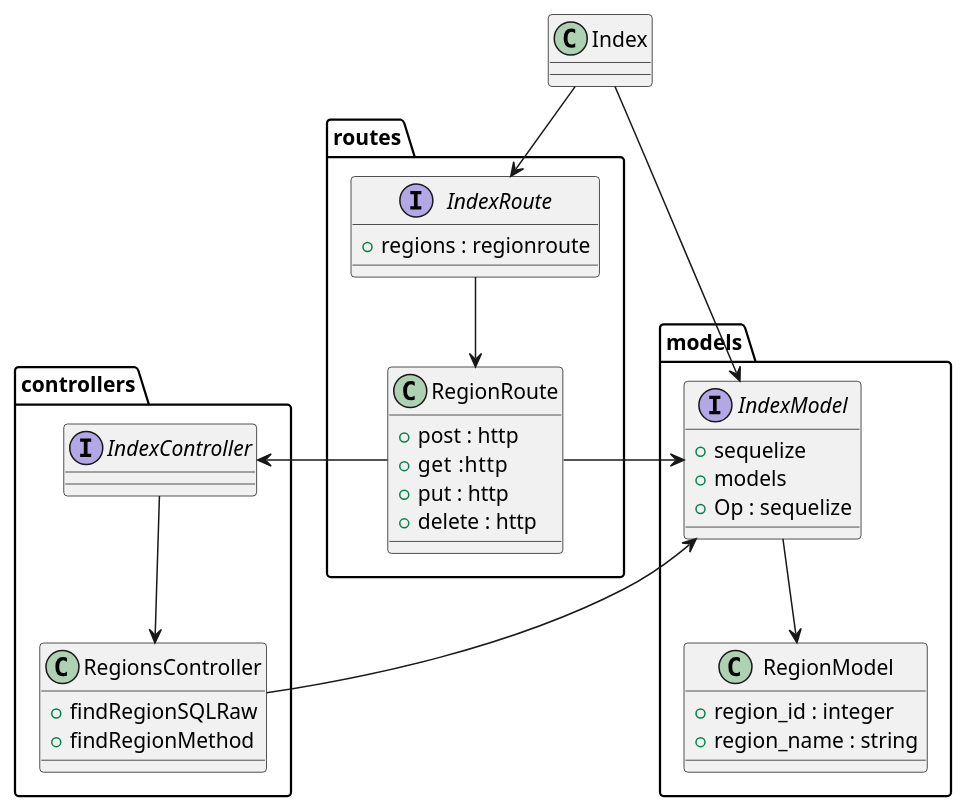
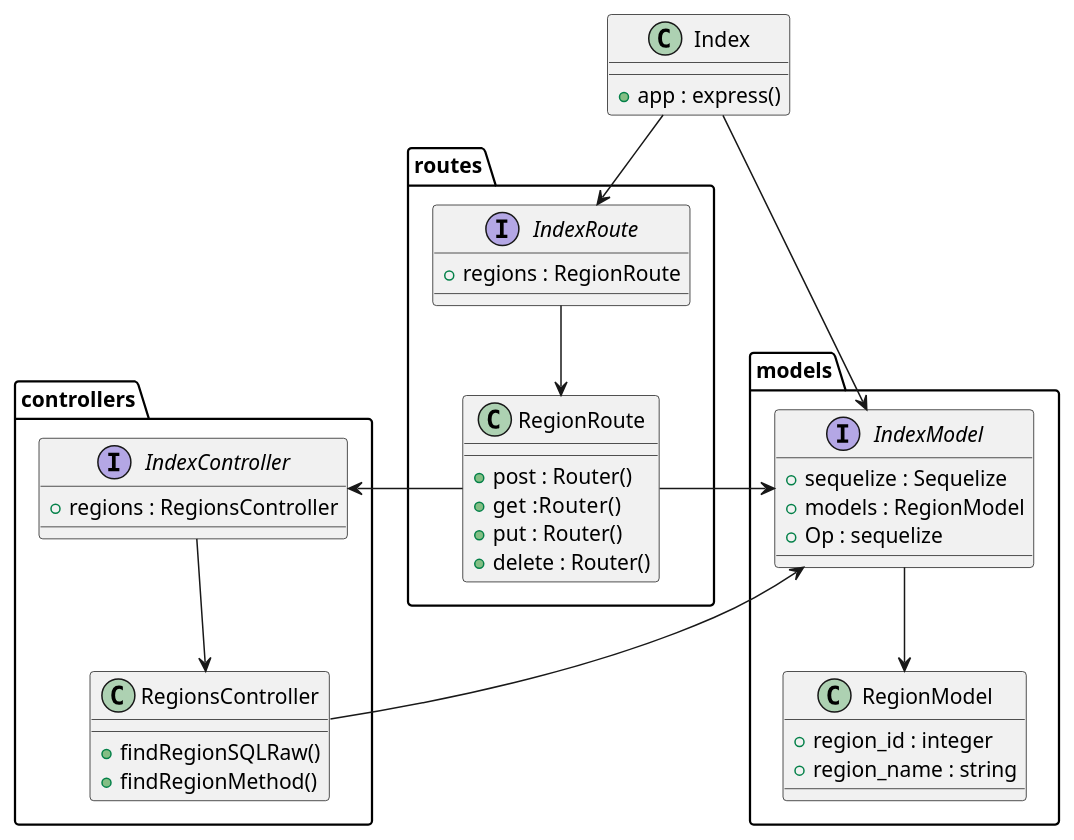
The diagram in 99-uml-design/01-class-regions.puml (daffadrm/codeid-nodejs-week2), drawn with PlantUML before and after one commit. The commit also changed 12 other files, not shown here.

```diff
--- a/99-uml-design/01-class-regions.puml
+++ b/99-uml-design/01-class-regions.puml
@@ -1,53 +1,53 @@
 @startuml class regions
 
   interface models.IndexModel {
-      +sequelize
-      +models
+      +sequelize : Sequelize
+      +models : RegionModel
       +Op : sequelize
   }
 
   class models.RegionModel{
      +region_id : integer
      +region_name : string
   }
 
   models.IndexModel --> models.RegionModel
 
   interface routes.IndexRoute{
-    +regions : regionroute
+    +regions : RegionRoute
   }
 
   class routes.RegionRoute{
-    +post : http
-    +get  :http
-    +put : http
-    +delete : http
+    +post : Router()
+    +get  :Router()
+    +put : Router()
+    +delete : Router()
   }
 
   
 
   class Index {
-
+    +app : express()
   }
 
   interface controllers.IndexController{
-
+    +regions : RegionsController
   }
 
   class controllers.RegionsController{
-    +findRegionSQLRaw
-    +findRegionMethod
+    +findRegionSQLRaw()
+    +findRegionMethod()
   }
 
   routes.IndexRoute --> routes.RegionRoute
   routes.RegionRoute -left-> models.IndexModel
   routes.RegionRoute -right-> controllers.IndexController
   controllers.RegionsController -left-> models.IndexModel
   controllers.IndexController --> controllers.RegionsController
 
   Index --> models.IndexModel
   Index --> routes.IndexRoute
 
 
 
 @enduml
```
